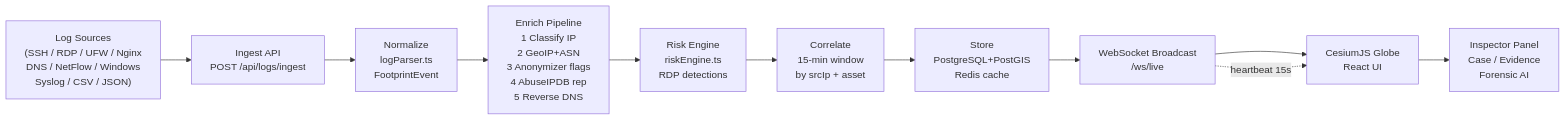
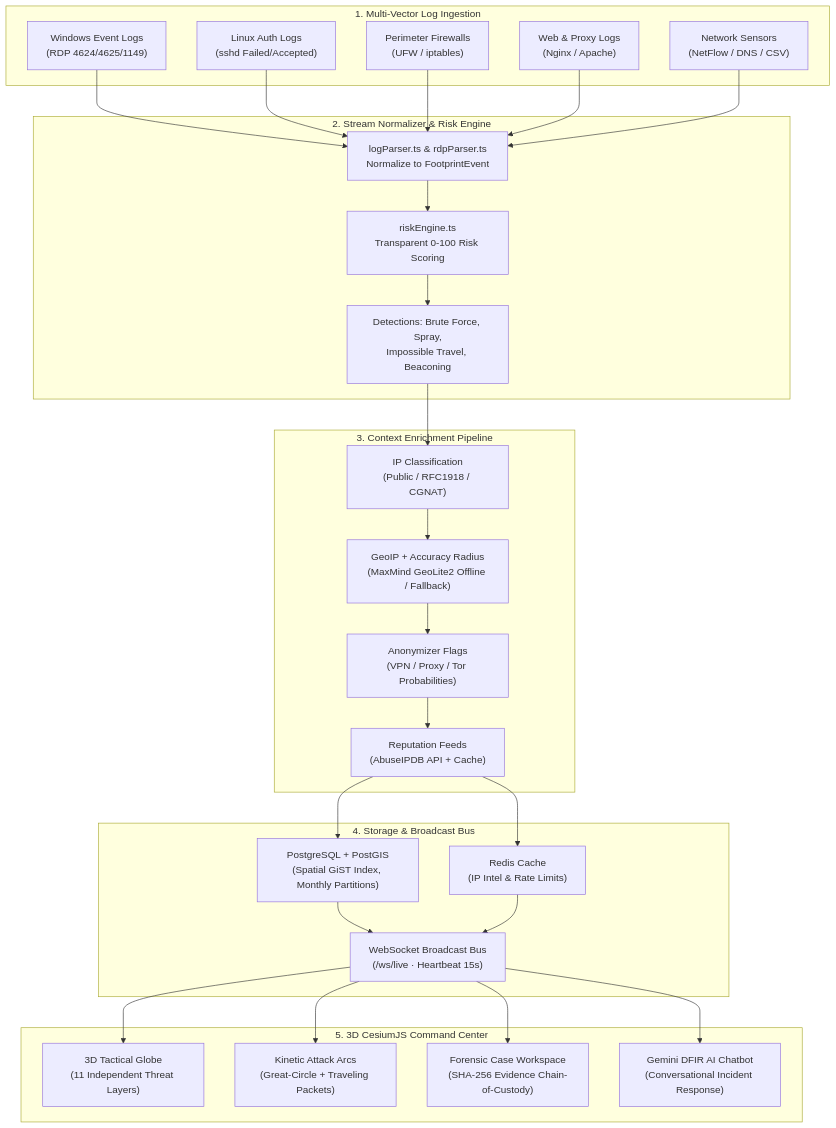
The diagram in README.md (speezyxspeedy/CyberGlobe), drawn with Mermaid before and after one commit. The commit also changed other lines of this file and 5 other files, not shown here.

````diff
--- a/README.md
+++ b/README.md
@@ -74,17 +48,42 @@
 ```mermaid
-flowchart LR
-    A["Log Sources\n(SSH / RDP / UFW / Nginx\nDNS / NetFlow / Windows\nSyslog / CSV / JSON)"]
-    B["Ingest API\nPOST /api/logs/ingest"]
-    C["Normalize\nlogParser.ts\nFootprintEvent"]
-    D["Enrich Pipeline\n1 Classify IP\n2 GeoIP+ASN\n3 Anonymizer flags\n4 AbuseIPDB rep\n5 Reverse DNS"]
-    E["Risk Engine\nriskEngine.ts\nRDP detections"]
-    F["Correlate\n15-min window\nby srcIp + asset"]
-    G["Store\nPostgreSQL+PostGIS\nRedis cache"]
-    H["WebSocket Broadcast\n/ws/live"]
-    I["CesiumJS Globe\nReact UI"]
-    J["Inspector Panel\nCase / Evidence\nForensic AI"]
+flowchart TD
+    subgraph INGESTION["1. Multi-Vector Log Ingestion"]
+        A1["Windows Event Logs\n(RDP 4624/4625/1149)"]
+        A2["Linux Auth Logs\n(sshd Failed/Accepted)"]
+        A3["Perimeter Firewalls\n(UFW / iptables)"]
+        A4["Web & Proxy Logs\n(Nginx / Apache)"]
+        A5["Network Sensors\n(NetFlow / DNS / CSV)"]
+    end
 
-    A --> B --> C --> D --> E --> F --> G --> H --> I
-    I --> J
-    H -.->|heartbeat 15s| I
+    subgraph NORMALIZATION["2. Stream Normalizer & Risk Engine"]
+        B1["logParser.ts & rdpParser.ts\nNormalize to FootprintEvent"]
+        B2["riskEngine.ts\nTransparent 0-100 Risk Scoring"]
+        B3["Detections: Brute Force, Spray,\nImpossible Travel, Beaconing"]
+    end
+
+    subgraph ENRICHMENT["3. Context Enrichment Pipeline"]
+        C1["IP Classification\n(Public / RFC1918 / CGNAT)"]
+        C2["GeoIP + Accuracy Radius\n(MaxMind GeoLite2 Offline / Fallback)"]
+        C3["Anonymizer Flags\n(VPN / Proxy / Tor Probabilities)"]
+        C4["Reputation Feeds\n(AbuseIPDB API + Cache)"]
+    end
+
+    subgraph CORRELATION["4. Storage & Broadcast Bus"]
+        D1["PostgreSQL + PostGIS\n(Spatial GiST Index, Monthly Partitions)"]
+        D2["Redis Cache\n(IP Intel & Rate Limits)"]
+        D3["WebSocket Broadcast Bus\n(/ws/live · Heartbeat 15s)"]
+    end
+
+    subgraph PRESENTATION["5. 3D CesiumJS Command Center"]
+        E1["3D Tactical Globe\n(11 Independent Threat Layers)"]
+        E2["Kinetic Attack Arcs\n(Great-Circle + Traveling Packets)"]
+        E3["Forensic Case Workspace\n(SHA-256 Evidence Chain-of-Custody)"]
+        E4["Gemini DFIR AI Chatbot\n(Conversational Incident Response)"]
+    end
+
+    A1 & A2 & A3 & A4 & A5 --> B1
+    B1 --> B2 --> B3
+    B3 --> C1 --> C2 --> C3 --> C4
+    C4 --> D1 & D2 --> D3
+    D3 --> E1 & E2 & E3 & E4
 ```
````
